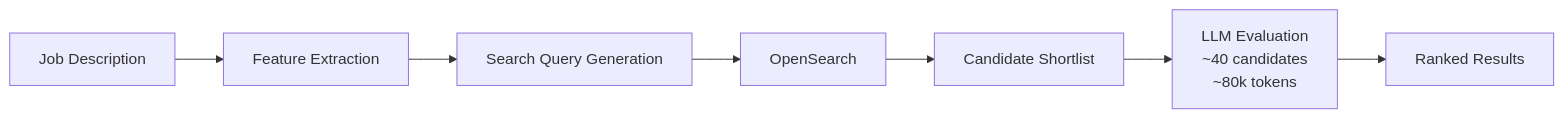
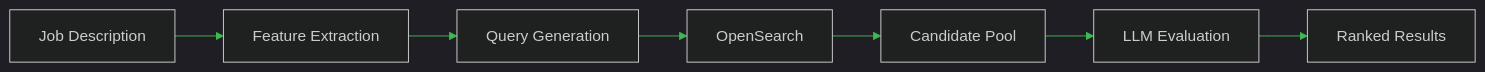
Before and after one commit to rishi-sangare/rishi-sangare: the first of 4 diagrams in README.md, drawn with Mermaid. The commit also changed other lines of this file, not shown here.

````diff
--- a/README.md
+++ b/README.md
@@ -39,9 +70,10 @@
 ```mermaid
+%%{init: {'theme': 'dark', 'themeVariables': { 'primaryColor': '#00d4ff', 'primaryTextColor': '#fff', 'lineColor': '#3fb950'}}}%%
 flowchart LR
     A[Job Description] --> B[Feature Extraction]
-    B --> C[Search Query Generation]
+    B --> C[Query Generation]
     C --> D[OpenSearch]
-    D --> E[Candidate Shortlist]
-    E --> F[LLM Evaluation<br/>~40 candidates<br/>~80k tokens]
+    D --> E[Candidate Pool]
+    E --> F[LLM Evaluation]
     F --> G[Ranked Results]
 ```
````
